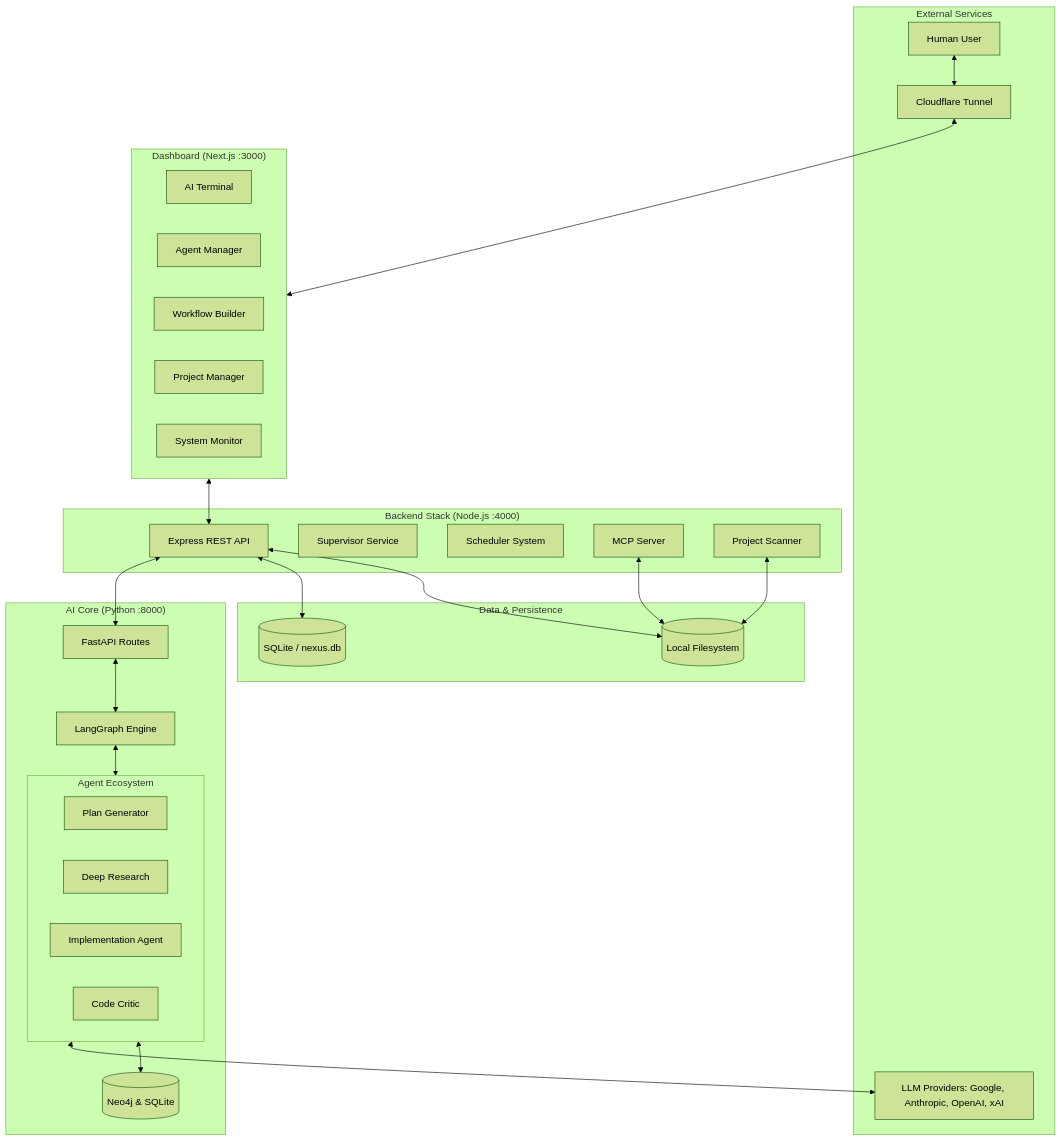
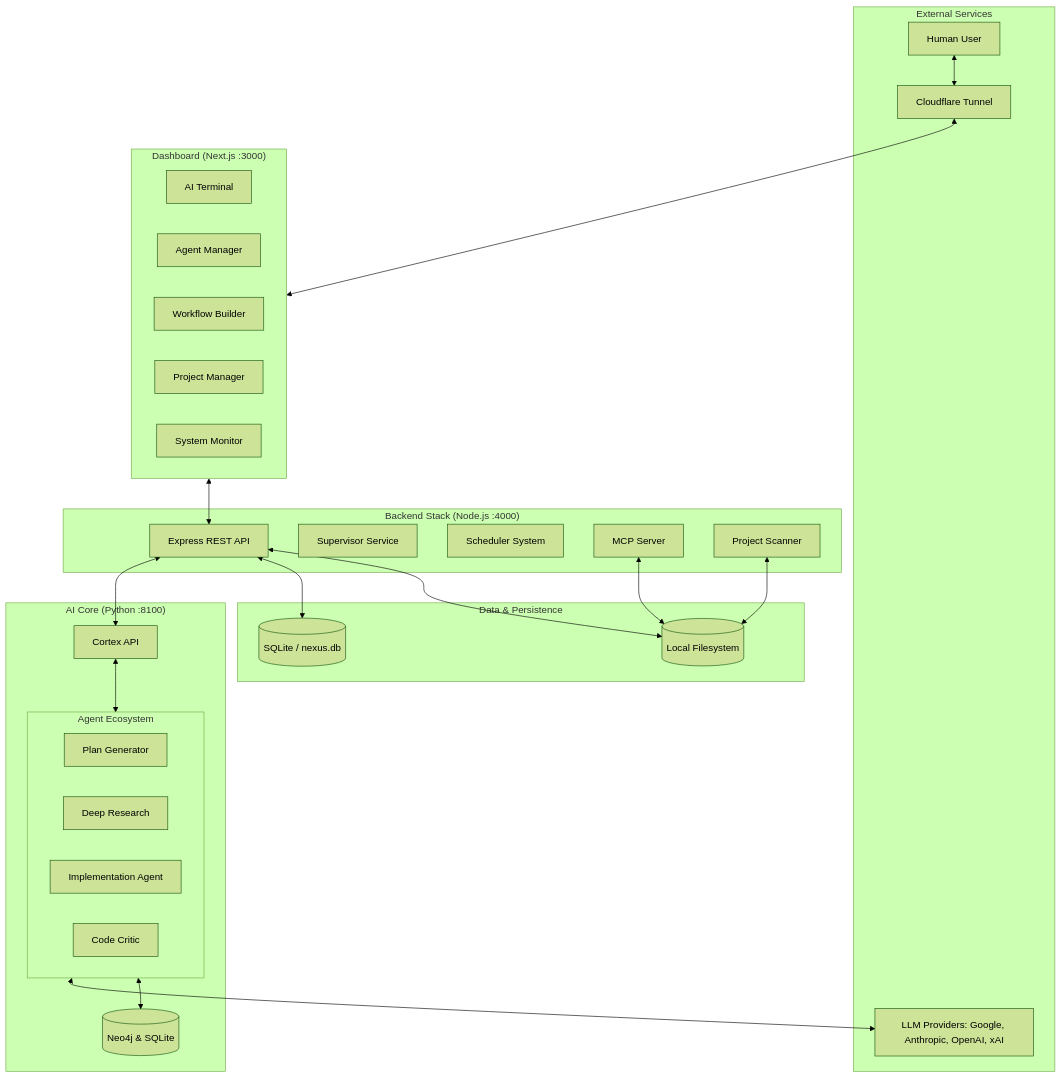
The first of 2 diagrams in docs/SYSTEM_ARCHITECTURE.md (VibeShiftAI/TheNexus), drawn with Mermaid (forest theme) before and after one commit. The commit also changed other lines of this file and 654 other files, not shown here.

````diff
--- a/docs/SYSTEM_ARCHITECTURE.md
+++ b/docs/SYSTEM_ARCHITECTURE.md
@@ -18,57 +18,55 @@
 ```mermaid
 graph TD
     subgraph External ["External Services"]
         User[Human User]
         Cloudflare[Cloudflare Tunnel]
         LLM[LLM Providers: Google, Anthropic, OpenAI, xAI]
     end
 
     subgraph Dashboard ["Dashboard (Next.js :3000)"]
         Terminal[AI Terminal]
         AgentManager[Agent Manager]
         Builder[Workflow Builder]
         Projects[Project Manager]
         SysMon[System Monitor]
     end
 
     subgraph Backend ["Backend Stack (Node.js :4000)"]
         NodeAPI[Express REST API]
         Supervisor[Supervisor Service]
         Scheduler[Scheduler System]
         MCP[MCP Server]
         Scanner[Project Scanner]
     end
 
-    subgraph AICore ["AI Core (Python :8000)"]
-        FastAPI[FastAPI Routes]
-        LangGraph[LangGraph Engine]
-        
+    subgraph AICore ["AI Core (Python :8100)"]
+        CortexAPI[Cortex API]
+
         subgraph Agents ["Agent Ecosystem"]
             Planner[Plan Generator]
             Researcher[Deep Research]
             Implementer[Implementation Agent]
             Critic[Code Critic]
         end
         
         Memory[(Neo4j & SQLite)]
     end
 
     subgraph Infrastructure ["Data & Persistence"]
         DB[(SQLite / nexus.db)]
         LocalFS[(Local Filesystem)]
     end
 
     User <--> Cloudflare
     Cloudflare <--> Dashboard
     Dashboard <--> NodeAPI
-    NodeAPI <--> FastAPI
-    FastAPI <--> LangGraph
-    LangGraph <--> Agents
+    NodeAPI <--> CortexAPI
+    CortexAPI <--> Agents
     Agents <--> LLM
     Agents <--> Memory
     
     NodeAPI <--> DB
     NodeAPI <--> LocalFS
     Scanner <--> LocalFS
     MCP <--> LocalFS
 ```
````
